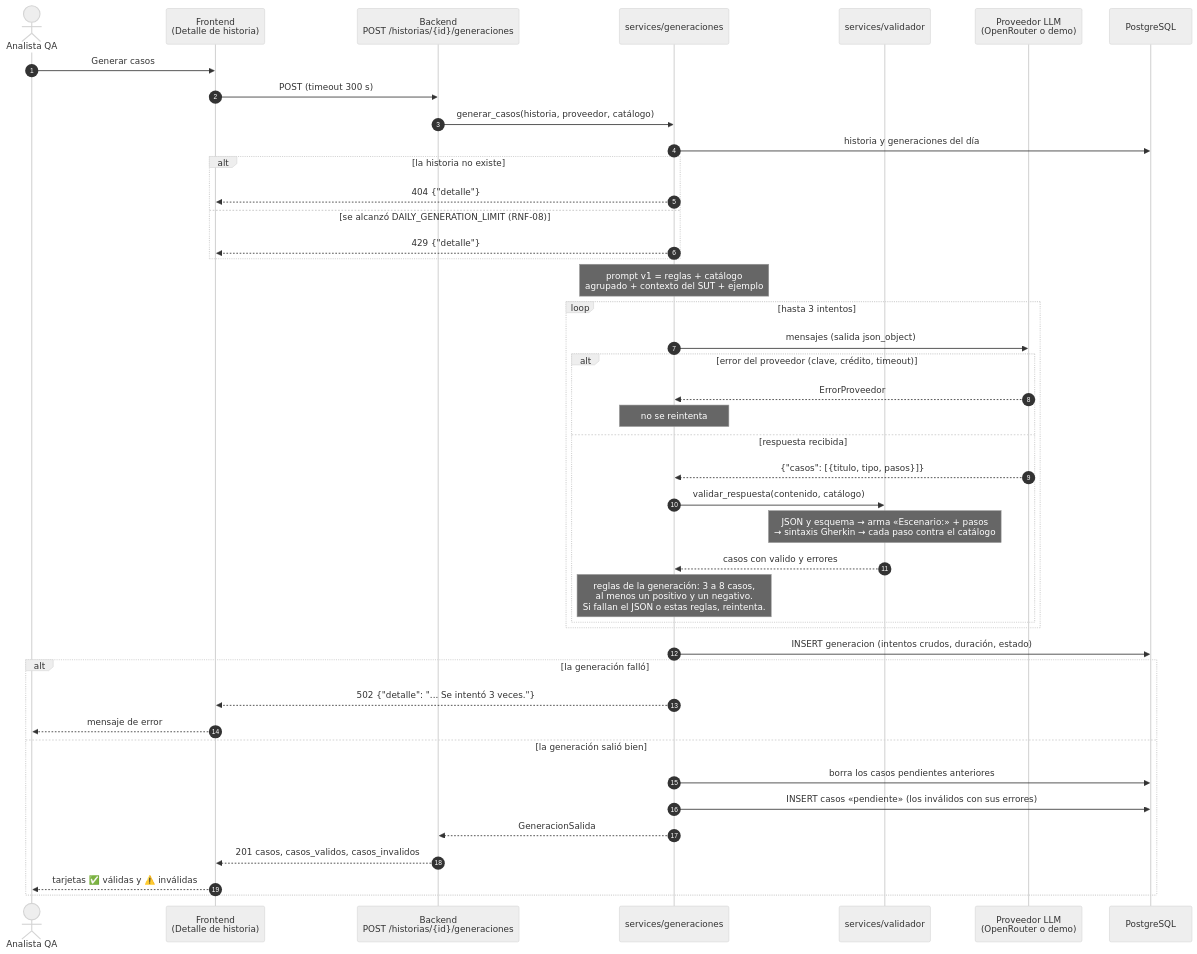
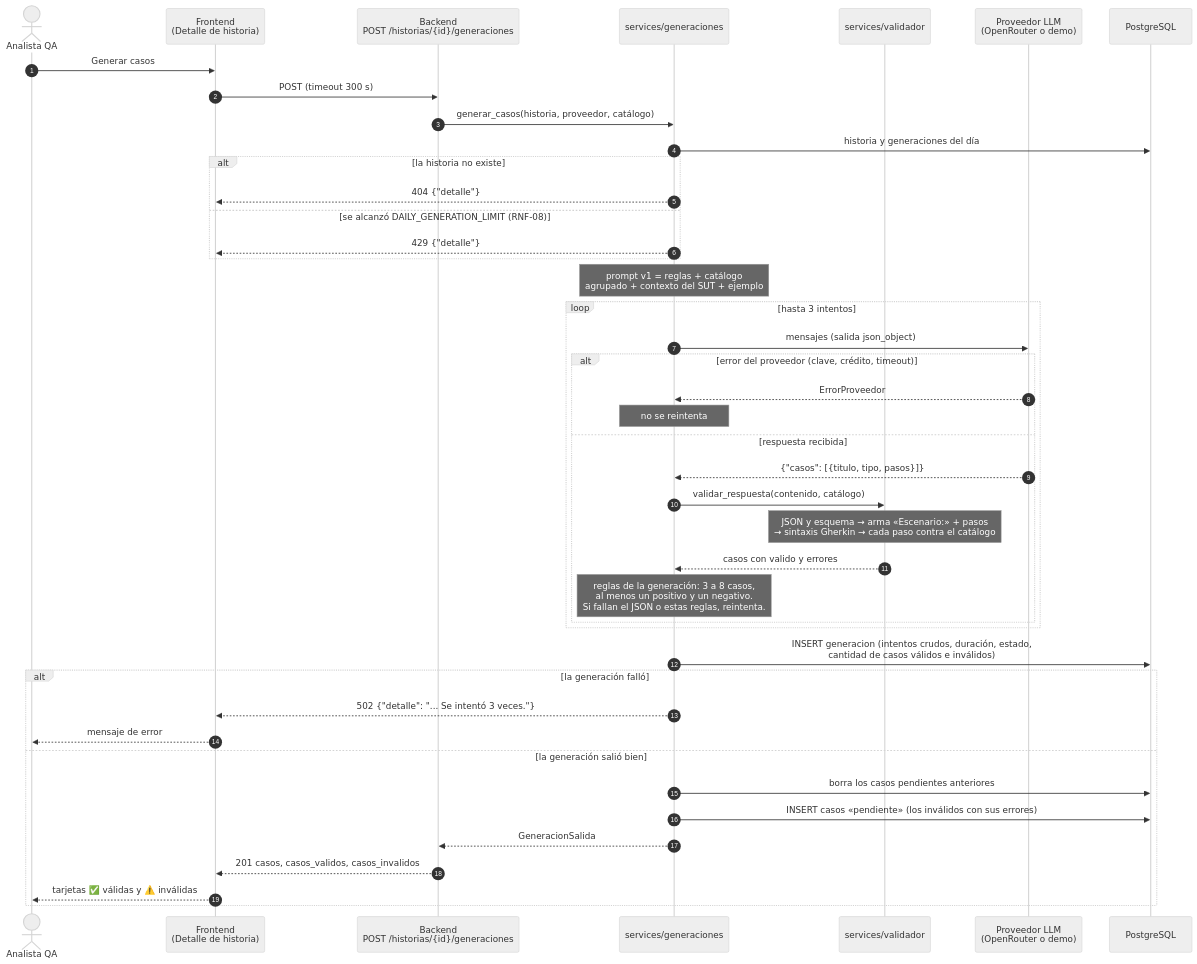
Before and after one commit to odremano/QACopilot: the first of 2 diagrams in docs/uml/secuencia-generacion.md, drawn with Mermaid (neutral theme). The commit also changed other lines of this file and 4 other files, not shown here.

First line of the commit message:
docs: bitácora S6, diagramas y README actualizados

````diff
--- a/docs/uml/secuencia-generacion.md
+++ b/docs/uml/secuencia-generacion.md
@@ -7,48 +7,48 @@
 ```mermaid
 sequenceDiagram
     autonumber
     actor QA as Analista QA
     participant FE as Frontend<br/>(Detalle de historia)
     participant API as Backend<br/>POST /historias/{id}/generaciones
     participant GEN as services/generaciones
     participant VAL as services/validador
     participant LLM as Proveedor LLM<br/>(OpenRouter o demo)
     participant DB as PostgreSQL
 
     QA->>FE: Generar casos
     FE->>API: POST (timeout 300 s)
     API->>GEN: generar_casos(historia, proveedor, catálogo)
     GEN->>DB: historia y generaciones del día
     alt la historia no existe
         GEN-->>FE: 404 {"detalle"}
     else se alcanzó DAILY_GENERATION_LIMIT (RNF-08)
         GEN-->>FE: 429 {"detalle"}
     end
     Note over GEN: prompt v1 = reglas + catálogo<br/>agrupado + contexto del SUT + ejemplo
 
     loop hasta 3 intentos
         GEN->>LLM: mensajes (salida json_object)
         alt error del proveedor (clave, crédito, timeout)
             LLM-->>GEN: ErrorProveedor
             Note over GEN: no se reintenta
         else respuesta recibida
             LLM-->>GEN: {"casos": [{titulo, tipo, pasos}]}
             GEN->>VAL: validar_respuesta(contenido, catálogo)
             Note over VAL: JSON y esquema → arma «Escenario:» + pasos<br/>→ sintaxis Gherkin → cada paso contra el catálogo
             VAL-->>GEN: casos con valido y errores
             Note over GEN: reglas de la generación: 3 a 8 casos,<br/>al menos un positivo y un negativo.<br/>Si fallan el JSON o estas reglas, reintenta.
         end
     end
 
-    GEN->>DB: INSERT generacion (intentos crudos, duración, estado)
+    GEN->>DB: INSERT generacion (intentos crudos, duración, estado,<br/>cantidad de casos válidos e inválidos)
     alt la generación falló
         GEN-->>FE: 502 {"detalle": "... Se intentó 3 veces."}
         FE-->>QA: mensaje de error
     else la generación salió bien
         GEN->>DB: borra los casos pendientes anteriores
         GEN->>DB: INSERT casos «pendiente» (los inválidos con sus errores)
         GEN-->>API: GeneracionSalida
         API-->>FE: 201 casos, casos_validos, casos_invalidos
         FE-->>QA: tarjetas ✅ válidas y ⚠️ inválidas
     end
 ```
````
